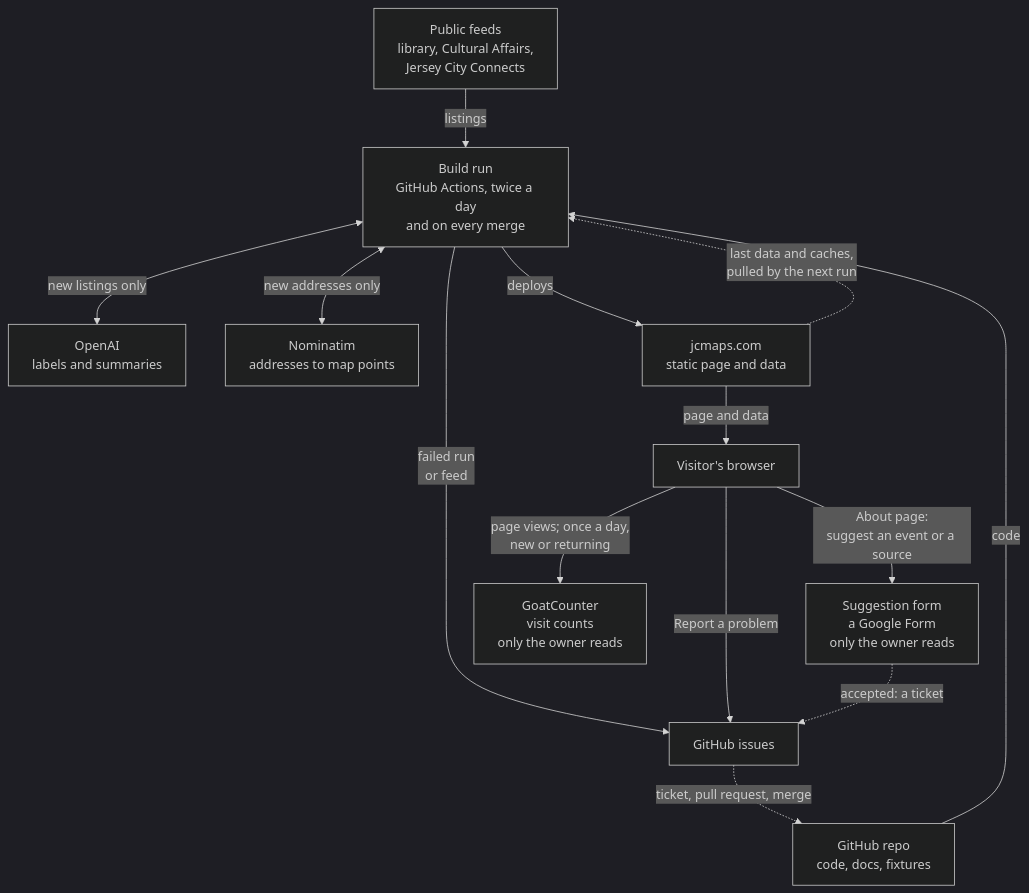
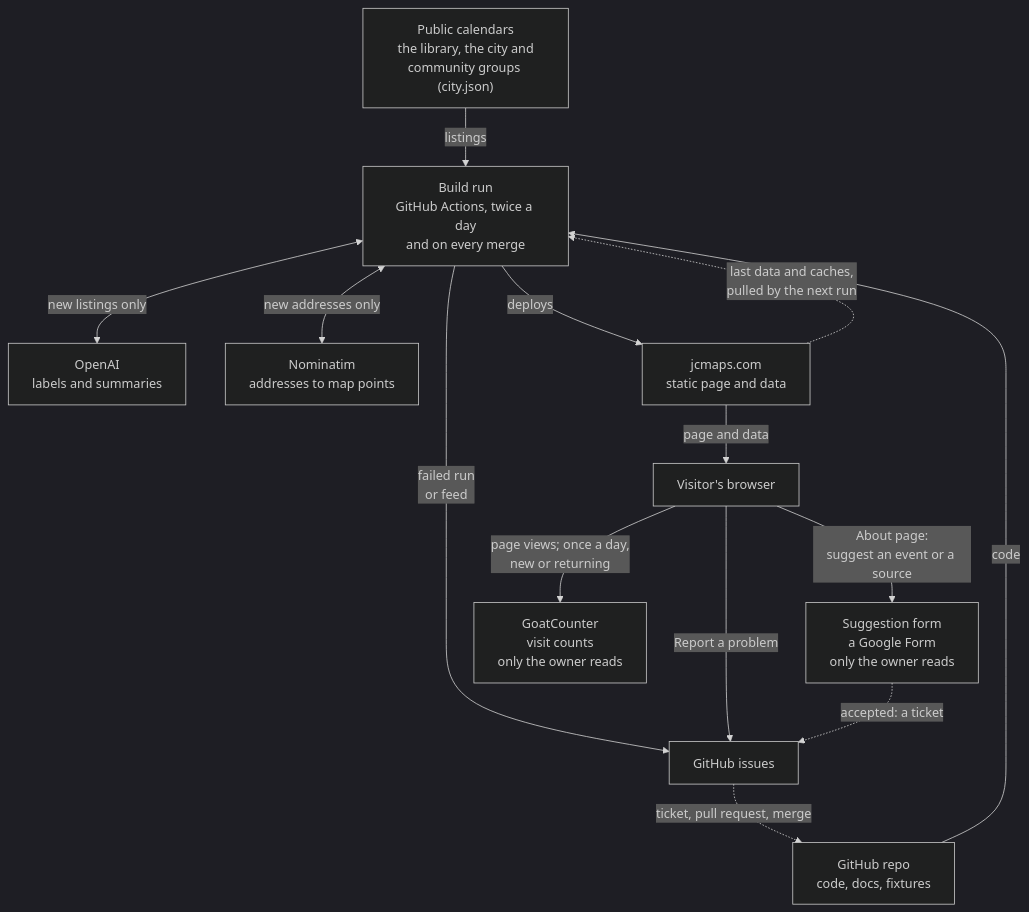
The first of 2 diagrams in docs/how-it-works.md (taneta/jcmaps), drawn with Mermaid (dark theme) before and after one commit. The commit also changed other lines of this file and 14 other files, not shown here.

````diff
--- a/docs/how-it-works.md
+++ b/docs/how-it-works.md
@@ -9,28 +9,28 @@
 ```mermaid
 flowchart TD
     %% Mirrors .github/workflows/build.yml. Update it when the run, a trigger or a service changes.
-    feeds["Public feeds<br/>library, Cultural Affairs,<br/>Jersey City Connects"]
+    feeds["Public calendars<br/>the library, the city and<br/>community groups (city.json)"]
     repo["GitHub repo<br/>code, docs, fixtures"]
     run["Build run<br/>GitHub Actions, twice a day<br/>and on every merge"]
     openai["OpenAI<br/>labels and summaries"]
     nominatim["Nominatim<br/>addresses to map points"]
     site["jcmaps.com<br/>static page and data"]
     visitor["Visitor's browser"]
     issues["GitHub issues"]
     form["Suggestion form<br/>a Google Form<br/>only the owner reads"]
     counter["GoatCounter<br/>visit counts<br/>only the owner reads"]
 
     feeds -->|listings| run
     repo -->|code| run
     run <-->|new listings only| openai
     run <-->|new addresses only| nominatim
     run -->|deploys| site
     site -->|page and data| visitor
     run -->|failed run<br/>or feed| issues
     visitor -->|Report a problem| issues
     visitor -->|About page:<br/>suggest an event or a source| form
     form -.->|accepted: a ticket| issues
     visitor -->|page views; once a day,<br/>new or returning| counter
     site -.->|last data and caches,<br/>pulled by the next run| run
     issues -.->|ticket, pull request, merge| repo
 ```
````
